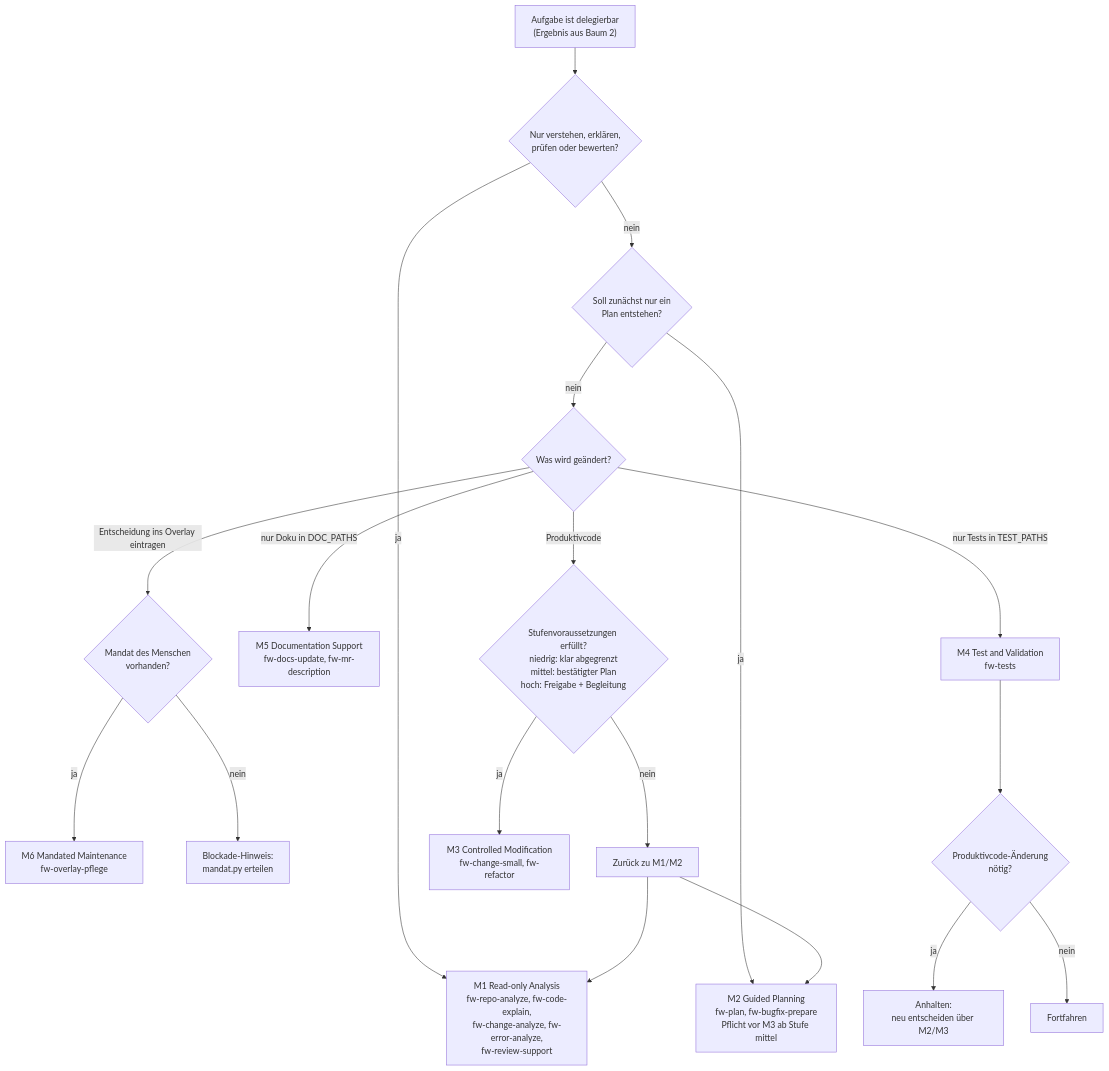
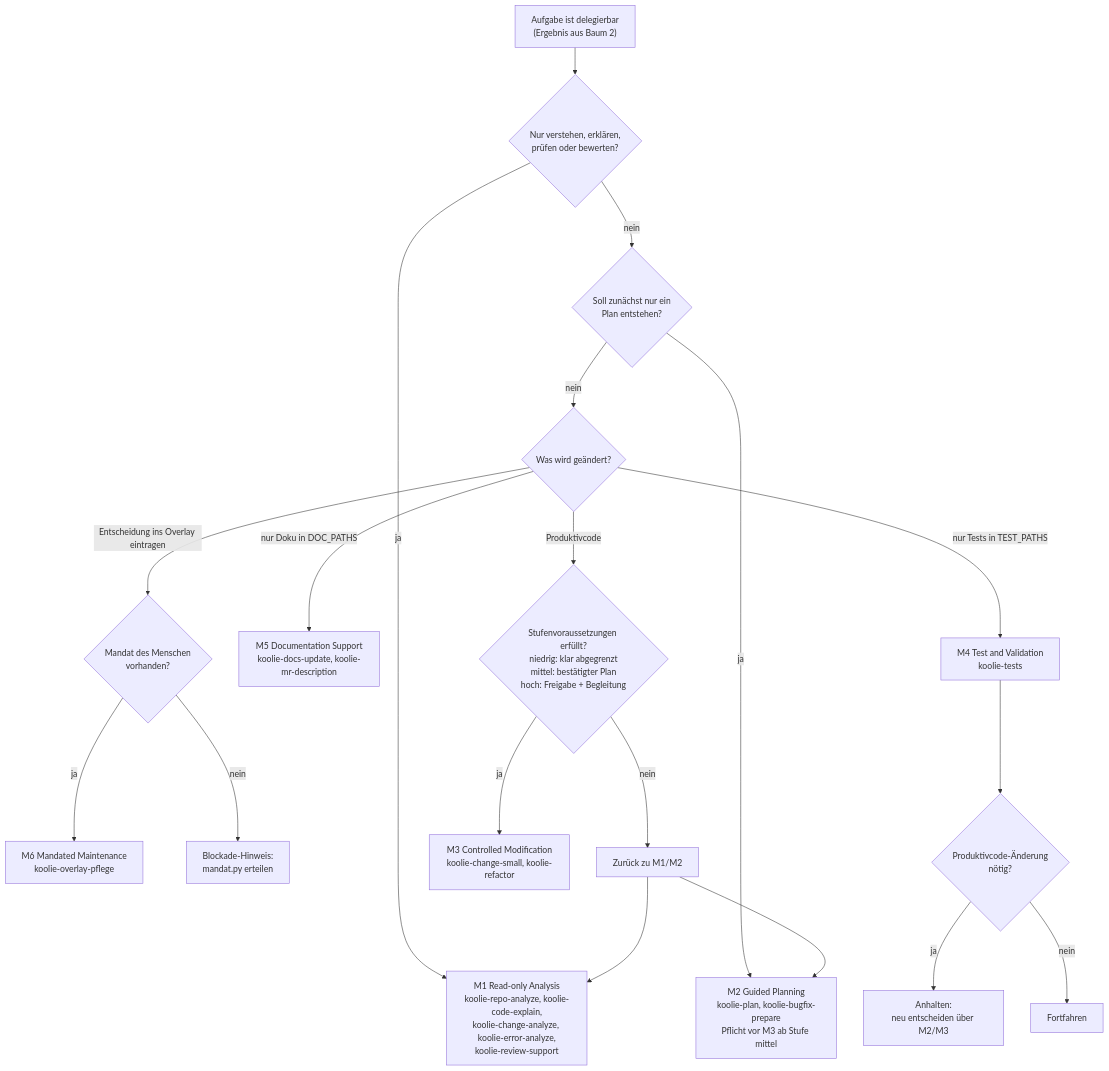
Before and after one commit to Renoxar/koolie: the diagram in .koolie/core/decision-trees/03-analyze-or-modify.md, drawn with Mermaid. The commit also changed other lines of this file and 273 other files, not shown here.

````diff
--- a/.koolie/core/decision-trees/03-analyze-or-modify.md
+++ b/.koolie/core/decision-trees/03-analyze-or-modify.md
@@ -25,21 +25,21 @@
 ```mermaid
 flowchart TD
     A["Aufgabe ist delegierbar<br/>(Ergebnis aus Baum 2)"] --> B{"Nur verstehen, erklären,<br/>prüfen oder bewerten?"}
-    B -- "ja" --> M1["M1 Read-only Analysis<br/>fw-repo-analyze, fw-code-explain,<br/>fw-change-analyze, fw-error-analyze,<br/>fw-review-support"]
+    B -- "ja" --> M1["M1 Read-only Analysis<br/>koolie-repo-analyze, koolie-code-explain,<br/>koolie-change-analyze, koolie-error-analyze,<br/>koolie-review-support"]
     B -- "nein" --> C{"Soll zunächst nur ein<br/>Plan entstehen?"}
-    C -- "ja" --> M2["M2 Guided Planning<br/>fw-plan, fw-bugfix-prepare<br/>Pflicht vor M3 ab Stufe mittel"]
+    C -- "ja" --> M2["M2 Guided Planning<br/>koolie-plan, koolie-bugfix-prepare<br/>Pflicht vor M3 ab Stufe mittel"]
     C -- "nein" --> D{"Was wird geändert?"}
-    D -- "nur Tests in TEST_PATHS" --> M4["M4 Test and Validation<br/>fw-tests"]
-    D -- "nur Doku in DOC_PATHS" --> M5["M5 Documentation Support<br/>fw-docs-update, fw-mr-description"]
+    D -- "nur Tests in TEST_PATHS" --> M4["M4 Test and Validation<br/>koolie-tests"]
+    D -- "nur Doku in DOC_PATHS" --> M5["M5 Documentation Support<br/>koolie-docs-update, koolie-mr-description"]
     D -- "Entscheidung ins Overlay eintragen" --> M6{"Mandat des Menschen<br/>vorhanden?"}
-    M6 -- "ja" --> M6J["M6 Mandated Maintenance<br/>fw-overlay-pflege"]
+    M6 -- "ja" --> M6J["M6 Mandated Maintenance<br/>koolie-overlay-pflege"]
     M6 -- "nein" --> BH["Blockade-Hinweis:<br/>mandat.py erteilen"]
     D -- "Produktivcode" --> E{"Stufenvoraussetzungen erfüllt?<br/>niedrig: klar abgegrenzt<br/>mittel: bestätigter Plan<br/>hoch: Freigabe + Begleitung"}
     E -- "nein" --> Z["Zurück zu M1/M2"]
     Z --> M1
     Z --> M2
-    E -- "ja" --> M3["M3 Controlled Modification<br/>fw-change-small, fw-refactor"]
+    E -- "ja" --> M3["M3 Controlled Modification<br/>koolie-change-small, koolie-refactor"]
     M4 --> F{"Produktivcode-Änderung<br/>nötig?"}
     F -- "ja" --> HALT["Anhalten:<br/>neu entscheiden über M2/M3"]
     F -- "nein" --> OK["Fortfahren"]
 ```
````
